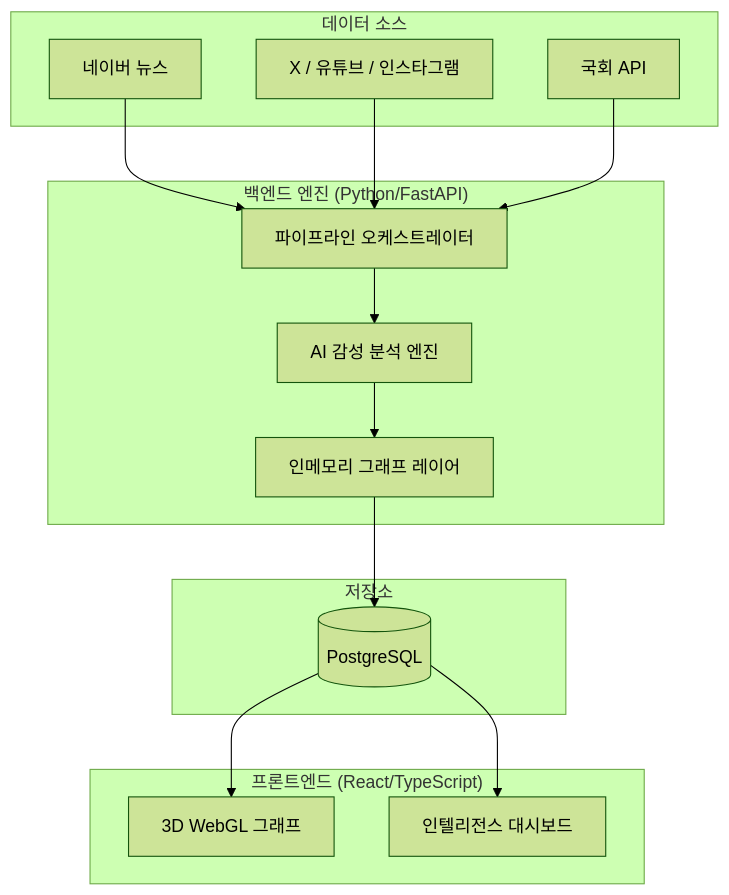
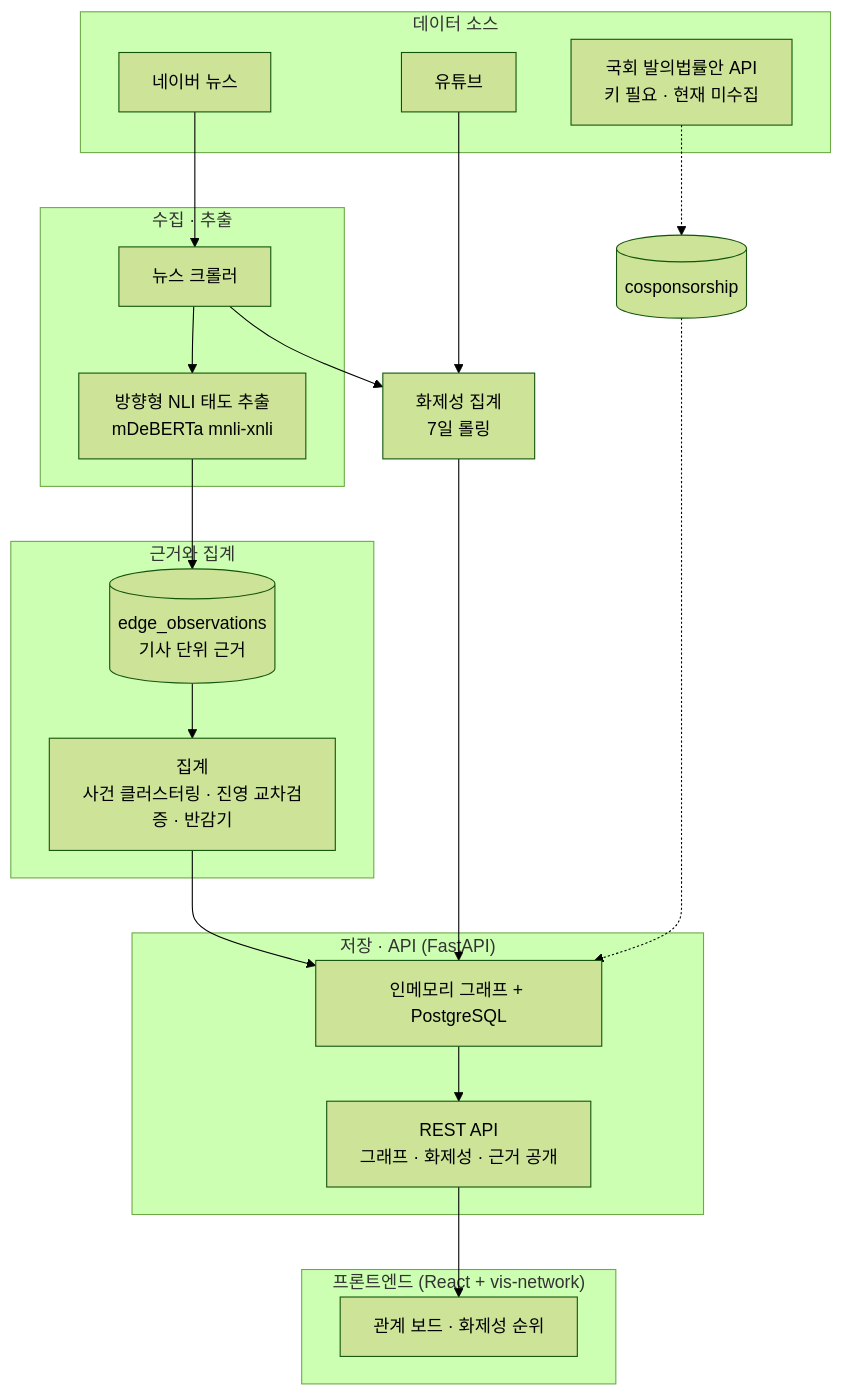
The diagram in README.md (showjihyun/KoreaPolitician), drawn with Mermaid (forest theme) before and after one commit. The commit also changed other lines of this file and 2 other files, not shown here.

````diff
--- a/README.md
+++ b/README.md
@@ -40,32 +88,33 @@
 ```mermaid
 graph TD
     subgraph "데이터 소스"
         News[네이버 뉴스]
-        SNS[X / 유튜브 / 인스타그램]
-        Assembly[국회 API]
+        YT[유튜브]
+        Bills[국회 발의법률안 API<br/>키 필요 · 현재 미수집]
     end
 
-    subgraph "백엔드 엔진 (Python/FastAPI)"
-        Orchestrator[파이프라인 오케스트레이터]
-        Sentiment[AI 감성 분석 엔진]
-        GraphLayer[인메모리 그래프 레이어]
+    subgraph "수집 · 추출"
+        Crawler[뉴스 크롤러]
+        NLI[방향형 NLI 태도 추출<br/>mDeBERTa mnli-xnli]
     end
 
-    subgraph "저장소"
-        Postgres[(PostgreSQL)]
+    subgraph "근거와 집계"
+        Obs[(edge_observations<br/>기사 단위 근거)]
+        Agg[집계<br/>사건 클러스터링 · 진영 교차검증 · 반감기]
     end
 
-    subgraph "프론트엔드 (React/TypeScript)"
-        WebGL[3D WebGL 그래프]
-        Dashboard[인텔리전스 대시보드]
+    subgraph "저장 · API (FastAPI)"
+        Graph[인메모리 그래프 + PostgreSQL]
+        API[REST API<br/>그래프 · 화제성 · 근거 공개]
     end
 
-    News --> Orchestrator
-    SNS --> Orchestrator
-    Assembly --> Orchestrator
-    Orchestrator --> Sentiment
-    Sentiment --> GraphLayer
-    GraphLayer --> Postgres
-    Postgres --> Dashboard
-    Postgres --> WebGL
+    subgraph "프론트엔드 (React + vis-network)"
+        Board[관계 보드 · 화제성 순위]
+    end
+
+    News --> Crawler --> NLI --> Obs --> Agg --> Graph
+    Crawler --> Hot[화제성 집계<br/>7일 롤링]
+    YT --> Hot --> Graph
+    Bills -.-> Cos[(cosponsorship)] -.-> Graph
+    Graph --> API --> Board
 ```
````
